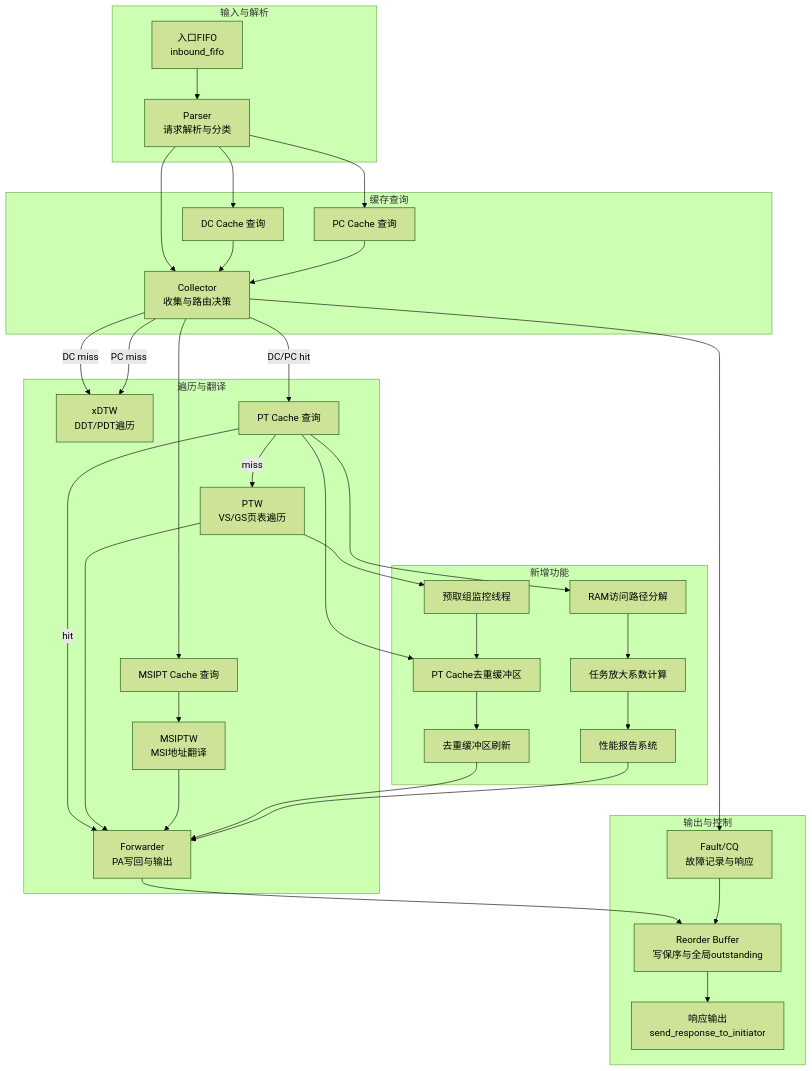
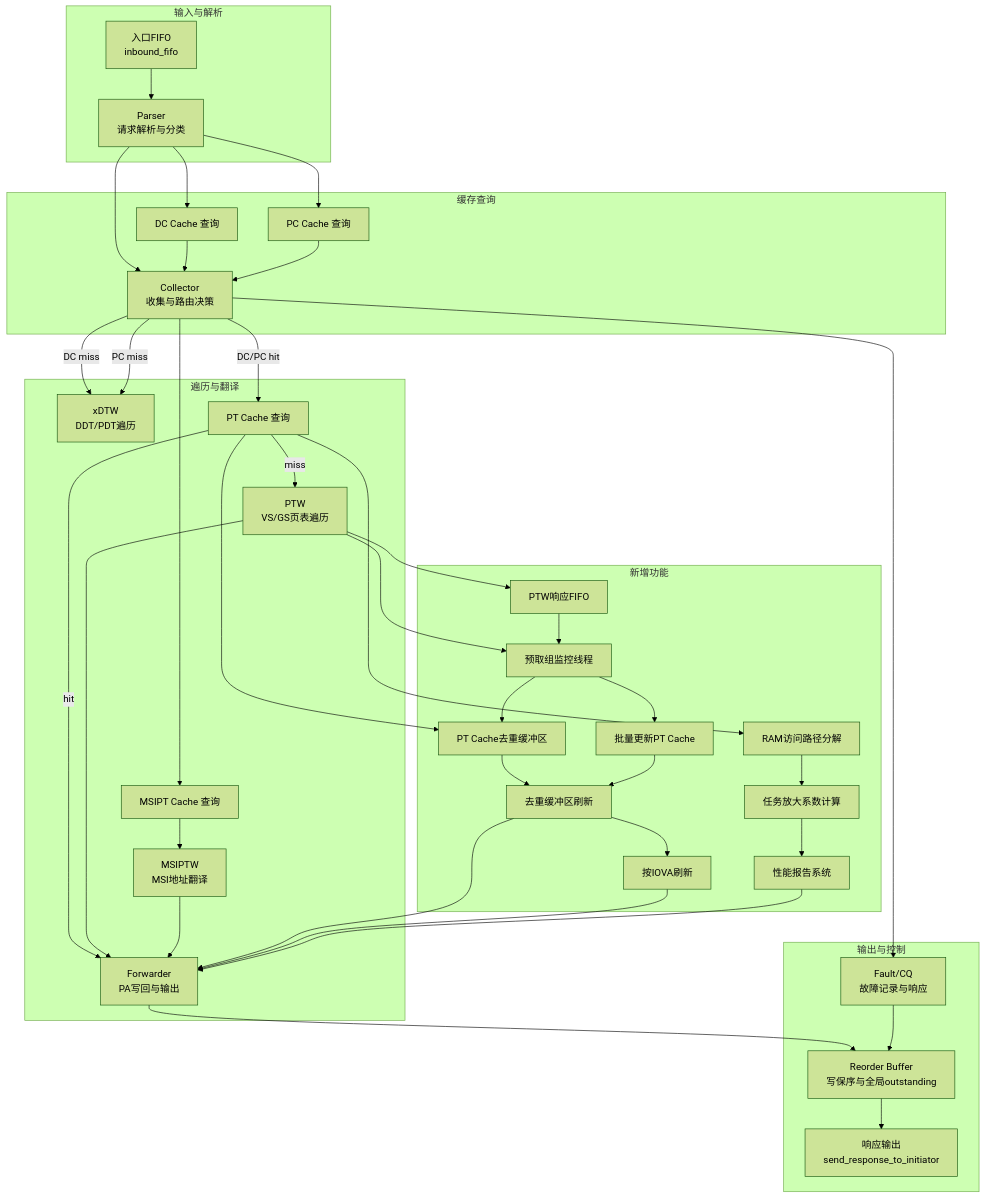
Before and after one commit to jiangjiang1122/iommu_model_20260401_v1: the first of 19 diagrams in .qoder/repowiki/zh/content/性能模型实现/性能模型实现.md, drawn with Mermaid (forest theme). The commit also changed other lines of this file and 6 other files, not shown here.

````diff
--- a/.qoder/repowiki/zh/content/性能模型实现/性能模型实现.md
+++ b/.qoder/repowiki/zh/content/性能模型实现/性能模型实现.md
@@ -64,41 +66,47 @@
 ```mermaid
 graph TB
 subgraph "输入与解析"
 IN["入口FIFO<br/>inbound_fifo"] --> P["Parser<br/>请求解析与分类"]
 end
 subgraph "缓存查询"
 P --> C1["Collector<br/>收集与路由决策"]
 P --> DCQ["DC Cache 查询"]
 P --> PCQ["PC Cache 查询"]
 DCQ --> C1
 PCQ --> C1
 end
 subgraph "遍历与翻译"
 C1 --> |DC miss| XDTW["xDTW<br/>DDT/PDT遍历"]
 C1 --> |PC miss| XDTW
 C1 --> |DC/PC hit| PT["PT Cache 查询"]
 PT --> |hit| FWD["Forwarder<br/>PA写回与输出"]
 PT --> |miss| PTW["PTW<br/>VS/GS页表遍历"]
 PTW --> FWD
 C1 --> MSI["MSIPT Cache 查询"]
 MSI --> MSIW["MSIPTW<br/>MSI地址翻译"]
 MSIW --> FWD
 end
 subgraph "输出与控制"
 FWD --> REO["Reorder Buffer<br/>写保序与全局outstanding"]
 REO --> OUT["响应输出<br/>send_response_to_initiator"]
 C1 --> FAU["Fault/CQ<br/>故障记录与响应"]
 FAU --> REO
 end
 subgraph "新增功能"
 PT --> DEDUP["PT Cache去重缓冲区"]
 PT --> RAM["RAM访问路径分解"]
 PTW --> MONITOR["预取组监控线程"]
 MONITOR --> DEDUP
 DEDUP --> FLUSH["去重缓冲区刷新"]
 FLUSH --> FWD
+FLUSH --> FLUSH_IOVA["按IOVA刷新"]
+FLUSH_IOVA --> FWD
 RAM --> STATS["任务放大系数计算"]
 STATS --> REPORT["性能报告系统"]
 REPORT --> FWD
+PTW --> RESP_FIFO["PTW响应FIFO"]
+RESP_FIFO --> MONITOR
+MONITOR --> BATCH_UPDATE["批量更新PT Cache"]
+BATCH_UPDATE --> FLUSH
 end
 ```
````
